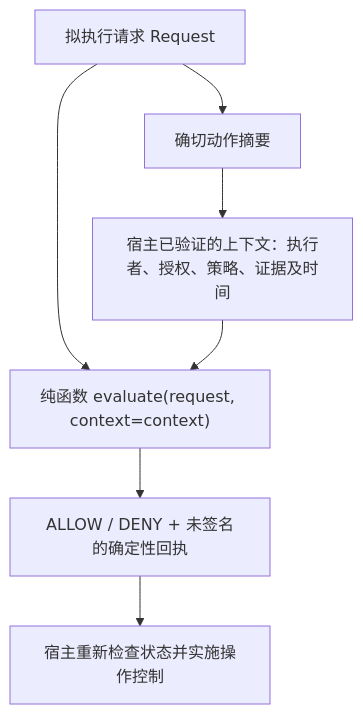
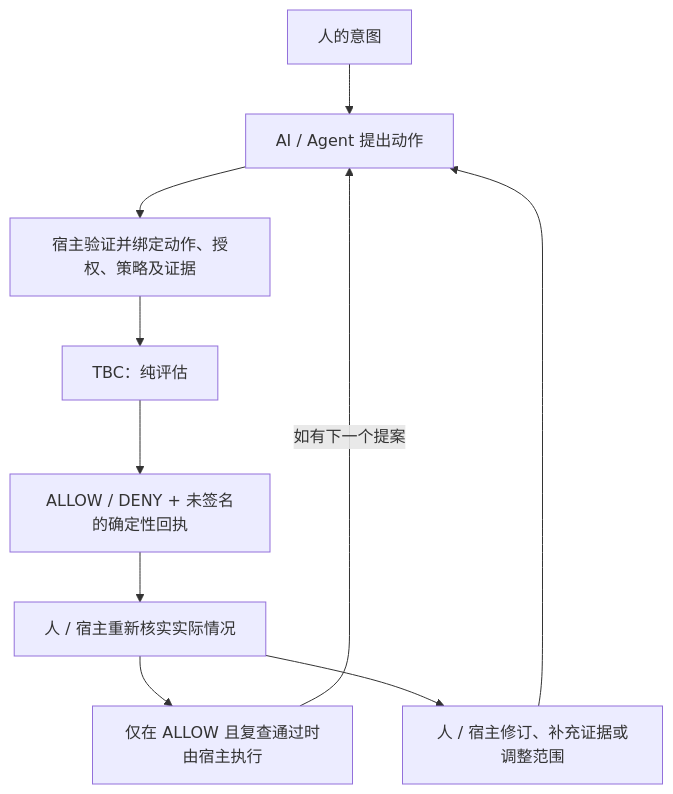
The diagram in README.zh-CN.md (andrew199799/trust-bounded-collaboration), drawn with Mermaid before and after one commit. The commit also changed other lines of this file and 1 other file, not shown here.

````diff
--- a/README.zh-CN.md
+++ b/README.zh-CN.md
@@ -25,9 +30,12 @@
 ```mermaid
 flowchart TD
-    R["拟执行请求 Request"] --> D["确切动作摘要"]
-    D --> C["宿主已验证的上下文：执行者、授权、策略、证据及时间"]
-    R --> E["纯函数 evaluate(request, context=context)"]
-    C --> E
-    E --> O["ALLOW / DENY + 未签名的确定性回执"]
-    O --> H["宿主重新检查状态并实施操作控制"]
+    H["人的意图"] --> P["AI / Agent 提出动作"]
+    P --> B["宿主验证并绑定动作、授权、策略及证据"]
+    B --> E["TBC：纯评估"]
+    E --> R["ALLOW / DENY + 未签名的确定性回执"]
+    R --> C["人 / 宿主重新核实实际情况"]
+    C --> A["仅在 ALLOW 且复查通过时由宿主执行"]
+    C --> V["人 / 宿主修订、补充证据或调整范围"]
+    V --> P
+    A -->|如有下一个提案| P
 ```
````
